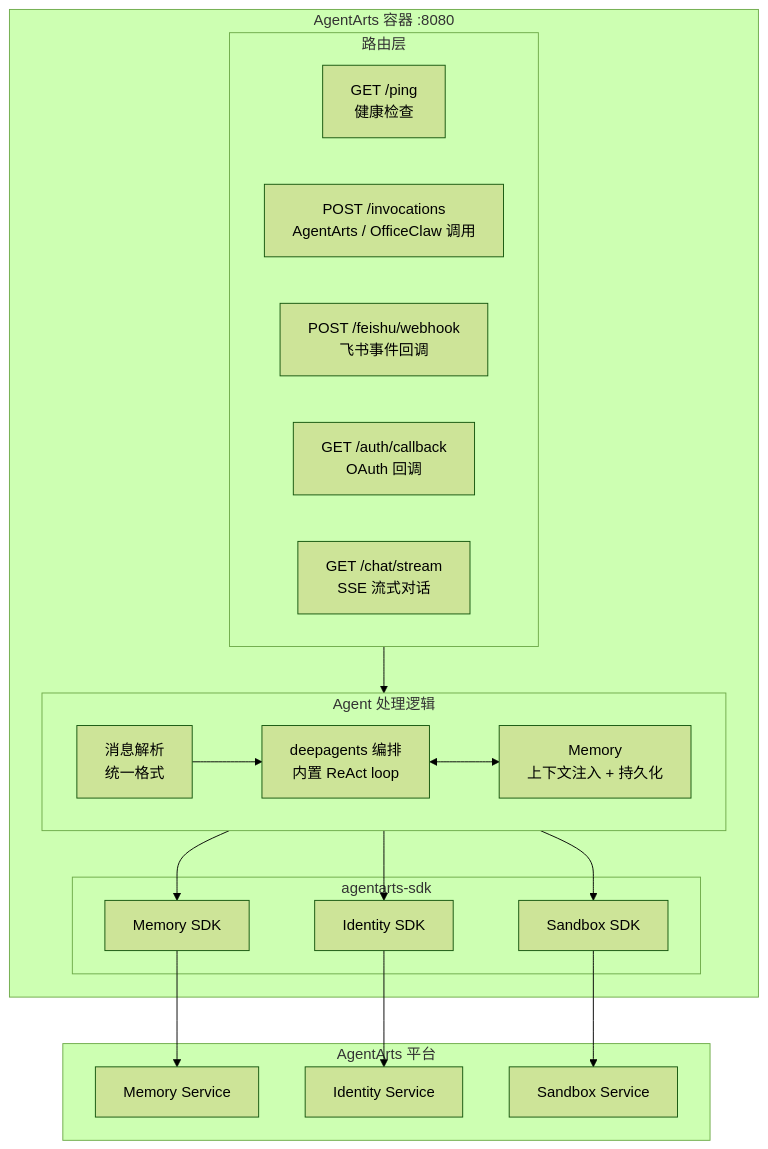
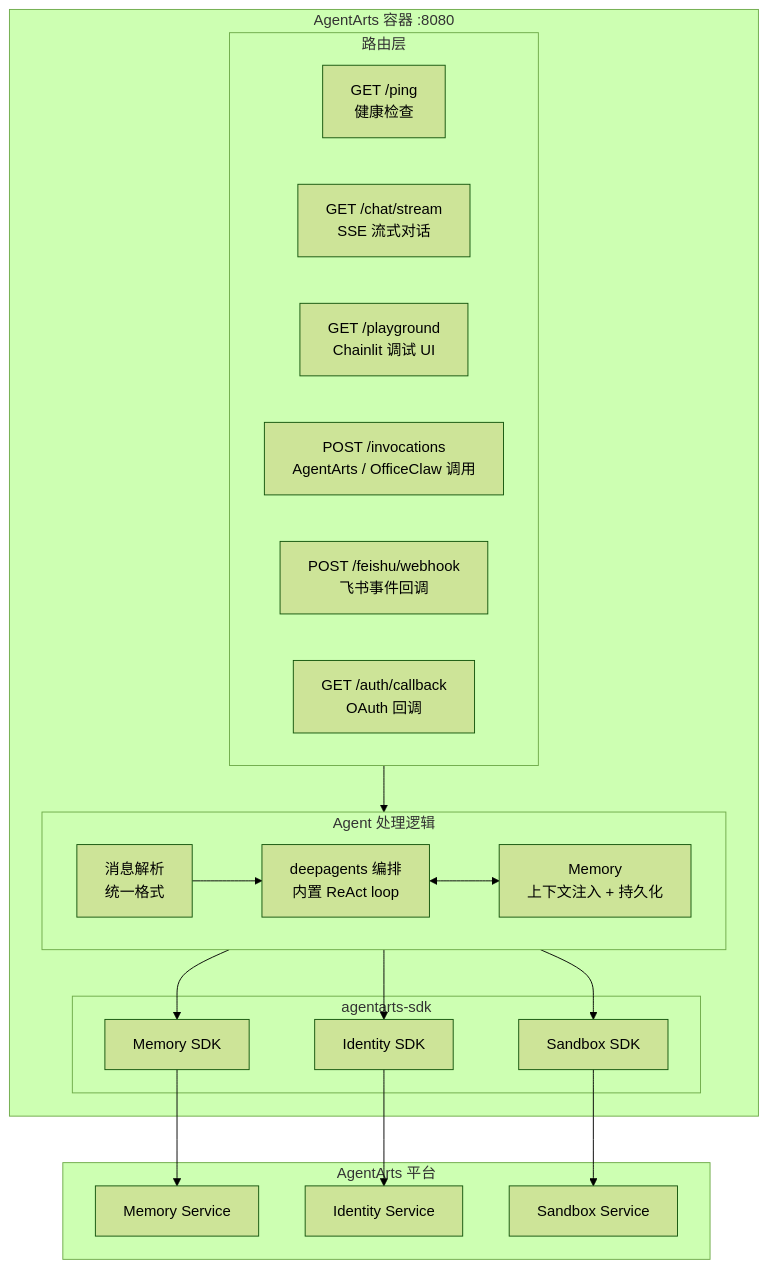
Before and after one commit to T-1009/personal-assistant: the diagram in personal-assistant-meta/architecture/backend_architecture.md, drawn with Mermaid (forest theme). The commit also changed 5 other files, not shown here.

````diff
--- a/personal-assistant-meta/architecture/backend_architecture.md
+++ b/personal-assistant-meta/architecture/backend_architecture.md
@@ -11,38 +11,39 @@
 ```mermaid
 flowchart TB
     subgraph Container["AgentArts 容器 :8080"]
         subgraph Routes["路由层"]
             Ping["GET /ping<br/>健康检查"]
+            Chat_Stream["GET /chat/stream<br/>SSE 流式对话"]
+            Playground["GET /playground<br/>Chainlit 调试 UI"]
             Invoke["POST /invocations<br/>AgentArts / OfficeClaw 调用"]
             FS_Webhook["POST /feishu/webhook<br/>飞书事件回调"]
             Auth_CB["GET /auth/callback<br/>OAuth 回调"]
-            Chat_Stream["GET /chat/stream<br/>SSE 流式对话"]
         end
 
         subgraph Handler["Agent 处理逻辑"]
             direction LR
             Parse["消息解析<br/>统一格式"]
             Orchestrate["deepagents 编排<br/>内置 ReAct loop"]
             Memory["Memory<br/>上下文注入 + 持久化"]
         end
 
         subgraph SDK["agentarts-sdk"]
             MemSDK["Memory SDK"]
             IdentitySDK["Identity SDK"]
             SandboxSDK["Sandbox SDK"]
         end
     end
 
     subgraph Platform["AgentArts 平台"]
         MemSvc["Memory Service"]
         IdSvc["Identity Service"]
         SandSvc["Sandbox Service"]
     end
 
     Routes --> Parse
     Parse --> Orchestrate
     Orchestrate <--> Memory
     Memory --> MemSDK --> MemSvc
     Orchestrate --> IdentitySDK --> IdSvc
     Orchestrate --> SandboxSDK --> SandSvc
 ```
````
